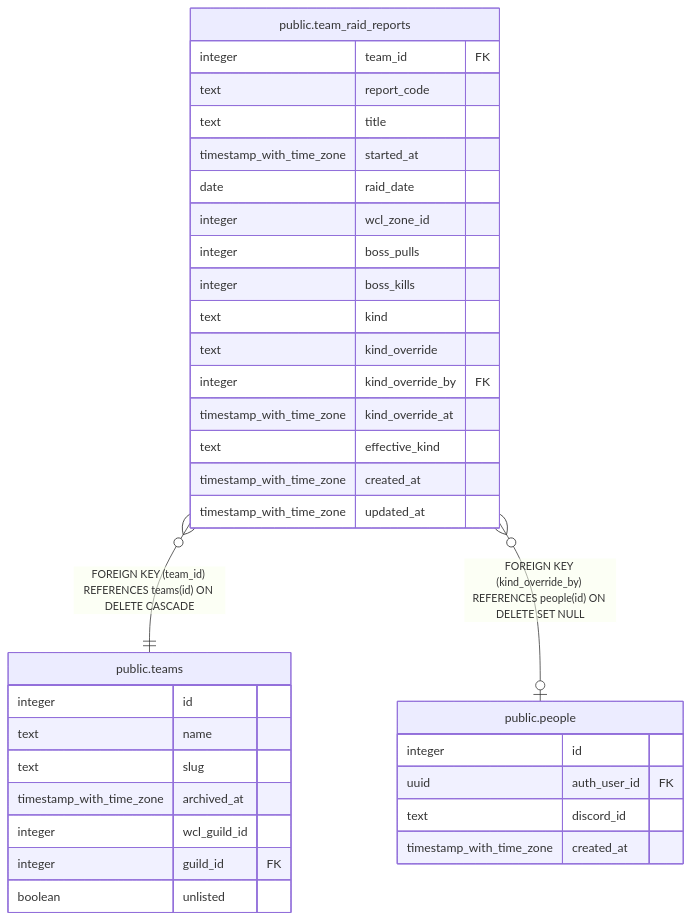
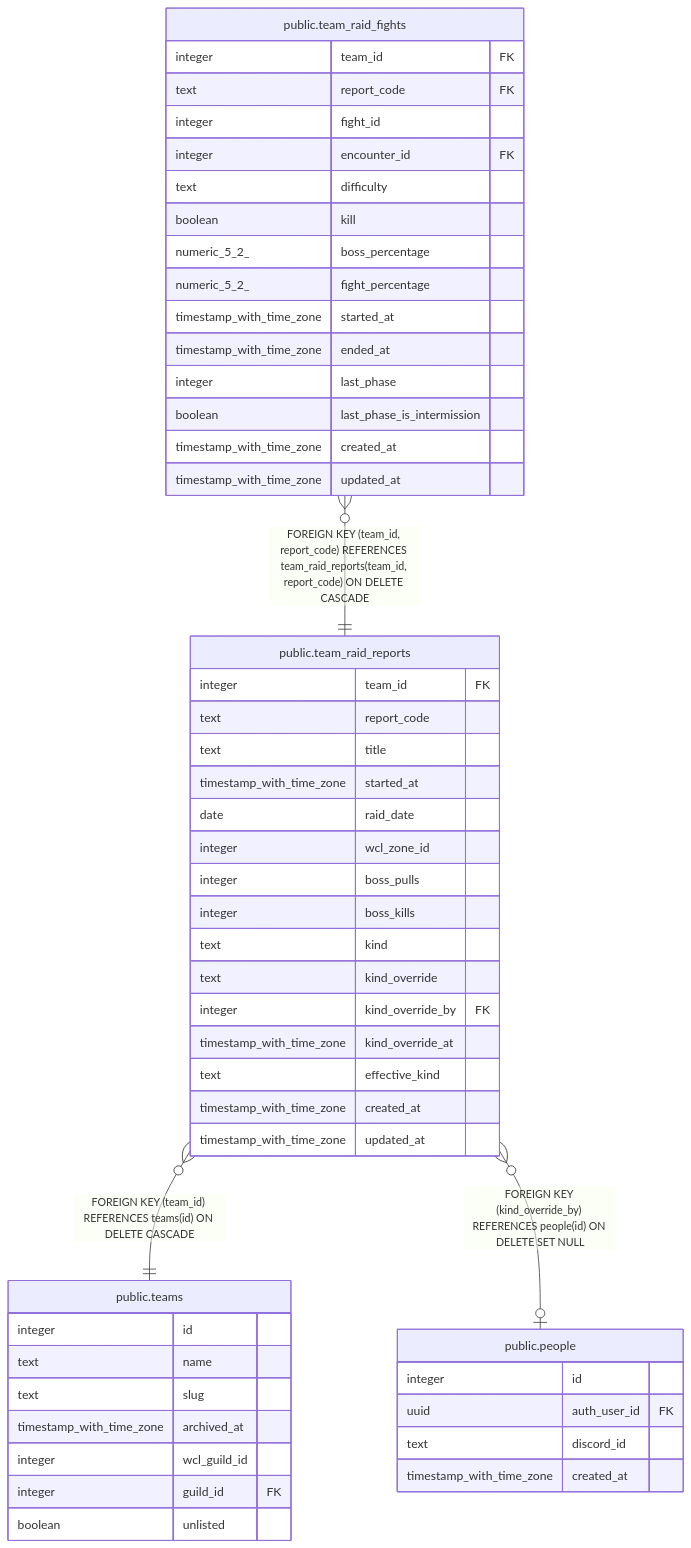
The diagram in dbdoc/public.team_raid_reports.md (katogaming88/WGA-Raid-Hub), drawn with Mermaid before and after one commit. The commit also changed other lines of this file and 26 other files, not shown here.

````diff
--- a/dbdoc/public.team_raid_reports.md
+++ b/dbdoc/public.team_raid_reports.md
@@ -53,39 +53,56 @@
 ```mermaid
 erDiagram
 
 "public.team_raid_reports" }o--|| "public.teams" : "FOREIGN KEY (team_id) REFERENCES teams(id) ON DELETE CASCADE"
+"public.team_raid_fights" }o--|| "public.team_raid_reports" : "FOREIGN KEY (team_id, report_code) REFERENCES team_raid_reports(team_id, report_code) ON DELETE CASCADE"
 "public.team_raid_reports" }o--o| "public.people" : "FOREIGN KEY (kind_override_by) REFERENCES people(id) ON DELETE SET NULL"
 
 "public.team_raid_reports" {
   integer team_id FK
   text report_code
   text title
   timestamp_with_time_zone started_at
   date raid_date
   integer wcl_zone_id
   integer boss_pulls
   integer boss_kills
   text kind
   text kind_override
   integer kind_override_by FK
   timestamp_with_time_zone kind_override_at
   text effective_kind
   timestamp_with_time_zone created_at
   timestamp_with_time_zone updated_at
 }
 "public.teams" {
   integer id
   text name
   text slug
   timestamp_with_time_zone archived_at
   integer wcl_guild_id
   integer guild_id FK
   boolean unlisted
 }
+"public.team_raid_fights" {
+  integer team_id FK
+  text report_code FK
+  integer fight_id
+  integer encounter_id FK
+  text difficulty
+  boolean kill
+  numeric_5_2_ boss_percentage
+  numeric_5_2_ fight_percentage
+  timestamp_with_time_zone started_at
+  timestamp_with_time_zone ended_at
+  integer last_phase
+  boolean last_phase_is_intermission
+  timestamp_with_time_zone created_at
+  timestamp_with_time_zone updated_at
+}
 "public.people" {
   integer id
   uuid auth_user_id FK
   text discord_id
   timestamp_with_time_zone created_at
 }
 ```
````
